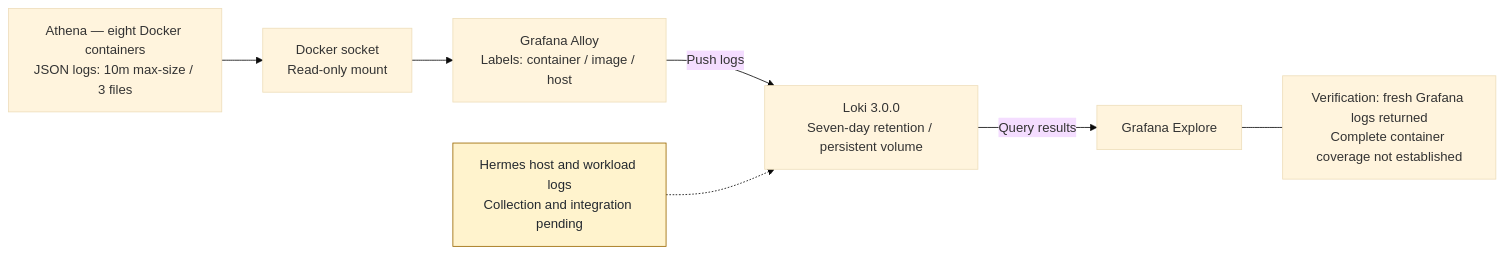
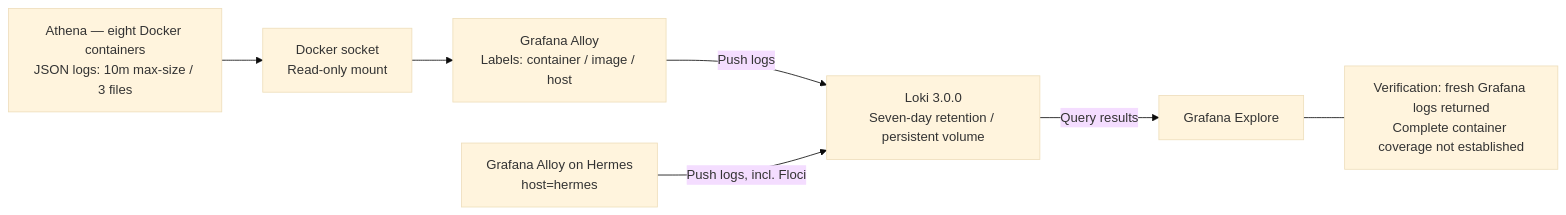
Before and after one commit to SwapnajXD/HomeLab: the second of 3 diagrams in docs/observability.md, drawn with Mermaid (base theme). The commit also changed other lines of this file and 18 other files, not shown here.

Commit message:
docs: finalize September 14 homelab baseline and diagrams

````diff
--- a/docs/observability.md
+++ b/docs/observability.md
@@ -36,16 +39,14 @@
 ```mermaid
 flowchart LR
     Docker["Athena — eight Docker containers<br/>JSON logs: 10m max-size / 3 files"]
     Socket["Docker socket<br/>Read-only mount"]
     Alloy["Grafana Alloy<br/>Labels: container / image / host"]
     Loki["Loki 3.0.0<br/>Seven-day retention / persistent volume"]
     Grafana["Grafana Explore"]
     Docker --> Socket --> Alloy
     Alloy -->|Push logs| Loki
     Loki -->|Query results| Grafana
     Evidence["Verification: fresh Grafana logs returned<br/>Complete container coverage not established"]
     Grafana --- Evidence
-    Hermes["Hermes host and workload logs<br/>Collection and integration pending"] -.-> Loki
-    classDef pending fill:#fff3cd,stroke:#9a6700,color:#24292f;
-    class Hermes pending;
+    HermesAlloy["Grafana Alloy on Hermes<br/>host=hermes"] -->|Push logs, incl. Floci| Loki
 ```
````
